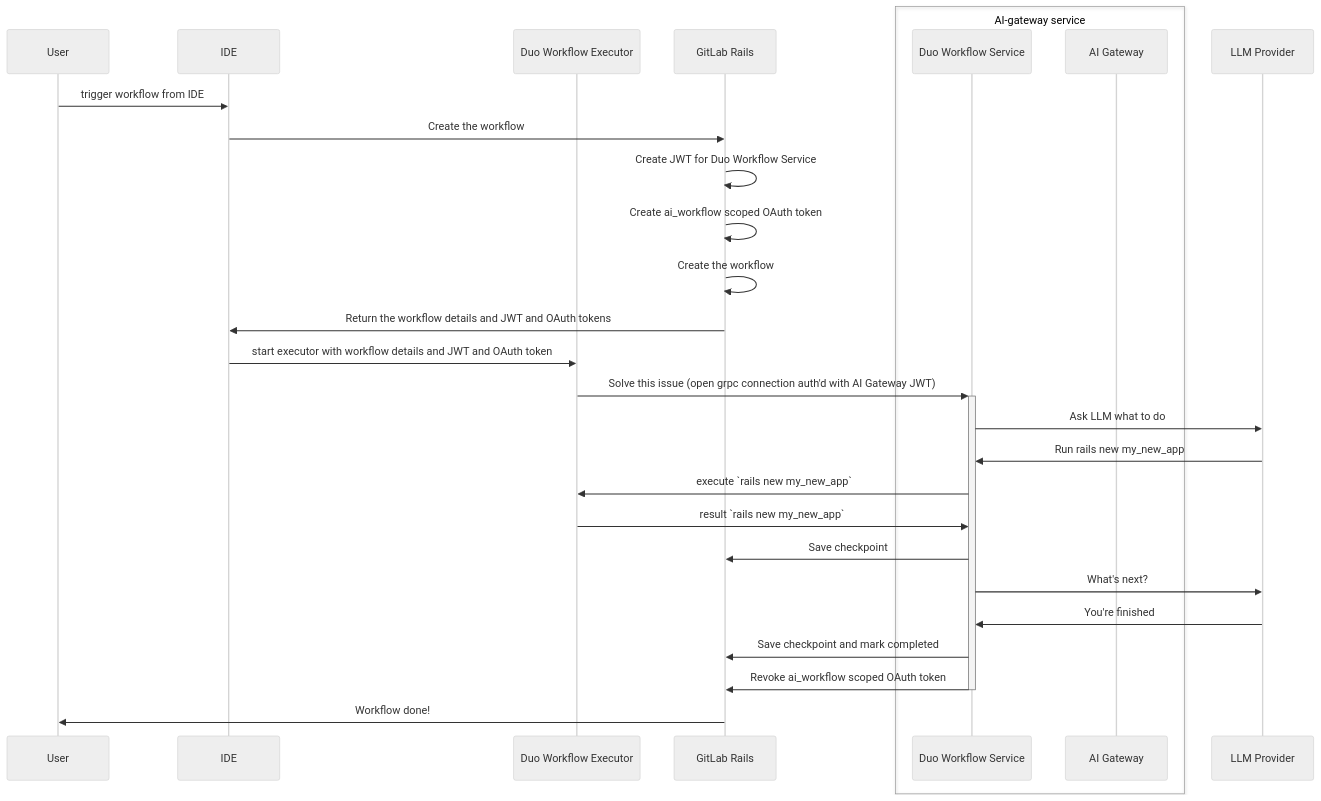
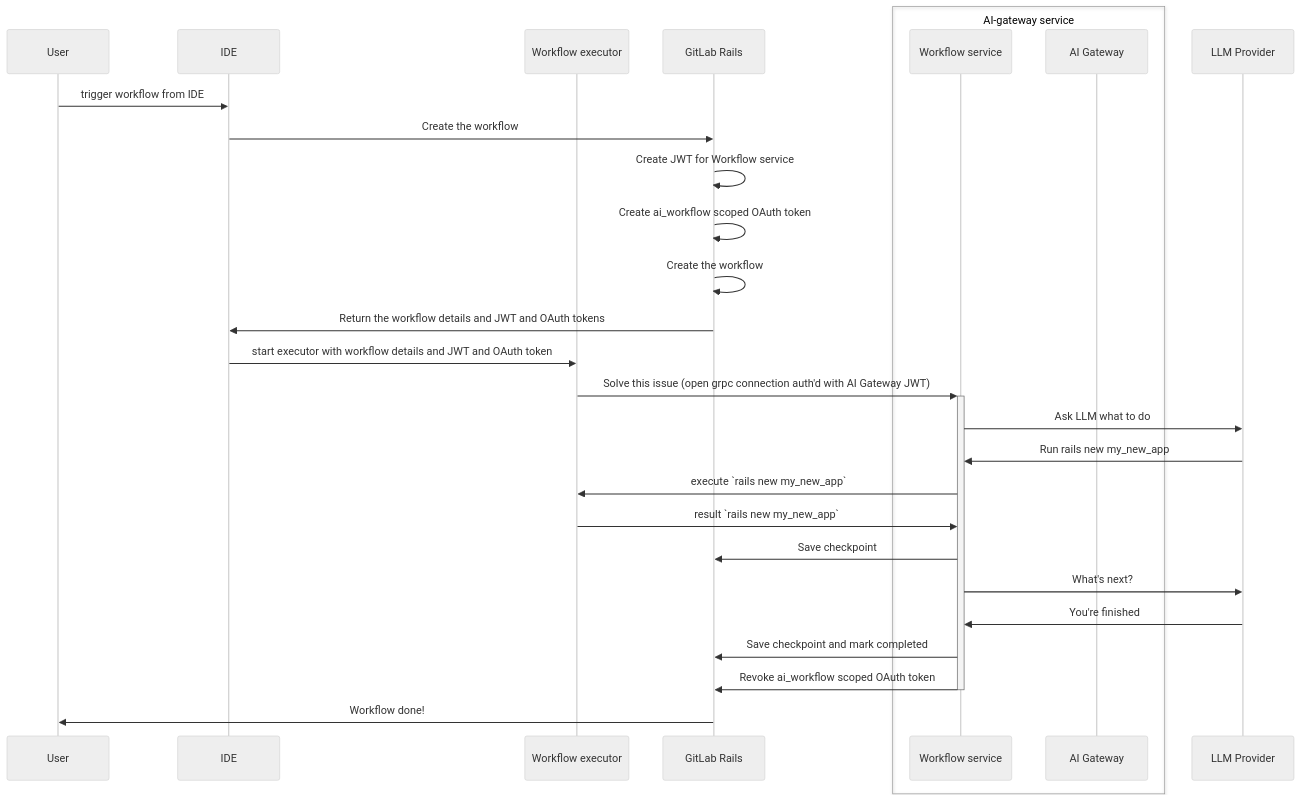
One commit to zalyoung/gitlab-handbook changed the first of 5 diagrams in content/handbook/engineering/architecture/design-documents/duo_workflow/_index.md. Above: the diagram before and after it, drawn with Mermaid (neutral theme). The commit also changed other lines of this file, not shown here.

Commit message:
Updating capitalization of Workflow and Pipeline

````diff
--- a/content/handbook/engineering/architecture/design-documents/duo_workflow/_index.md
+++ b/content/handbook/engineering/architecture/design-documents/duo_workflow/_index.md
@@ -126,31 +126,31 @@
 ```mermaid
 sequenceDiagram
    participant user as User
    participant ide as IDE
-   participant executor as Duo Workflow Executor
+   participant executor as Workflow executor
    participant gitlab_rails as GitLab Rails
    box AI-gateway service
-     participant duo_workflow_service as Duo Workflow Service
+     participant duo_workflow_service as Workflow service
      participant ai_gateway as AI Gateway
    end
    participant llm_provider as LLM Provider
    user->>ide: trigger workflow from IDE
    ide->>gitlab_rails: Create the workflow
-   gitlab_rails->>gitlab_rails: Create JWT for Duo Workflow Service
+   gitlab_rails->>gitlab_rails: Create JWT for Workflow service
    gitlab_rails->>gitlab_rails: Create ai_workflow scoped OAuth token
    gitlab_rails->>gitlab_rails: Create the workflow
    gitlab_rails->>ide: Return the workflow details and JWT and OAuth tokens
    ide->>executor: start executor with workflow details and JWT and OAuth token
    executor->>+duo_workflow_service: Solve this issue (open grpc connection auth'd with AI Gateway JWT)
    duo_workflow_service->>llm_provider: Ask LLM what to do
    llm_provider->>duo_workflow_service: Run rails new my_new_app
    duo_workflow_service->>executor: execute `rails new my_new_app`
    executor->>duo_workflow_service: result `rails new my_new_app`
    duo_workflow_service->>gitlab_rails: Save checkpoint
    duo_workflow_service->>llm_provider: What's next?
    llm_provider->>duo_workflow_service: You're finished
    duo_workflow_service->>gitlab_rails: Save checkpoint and mark completed
    duo_workflow_service->>gitlab_rails: Revoke ai_workflow scoped OAuth token
    deactivate duo_workflow_service
    gitlab_rails->>user: Workflow done!
 ```
````
